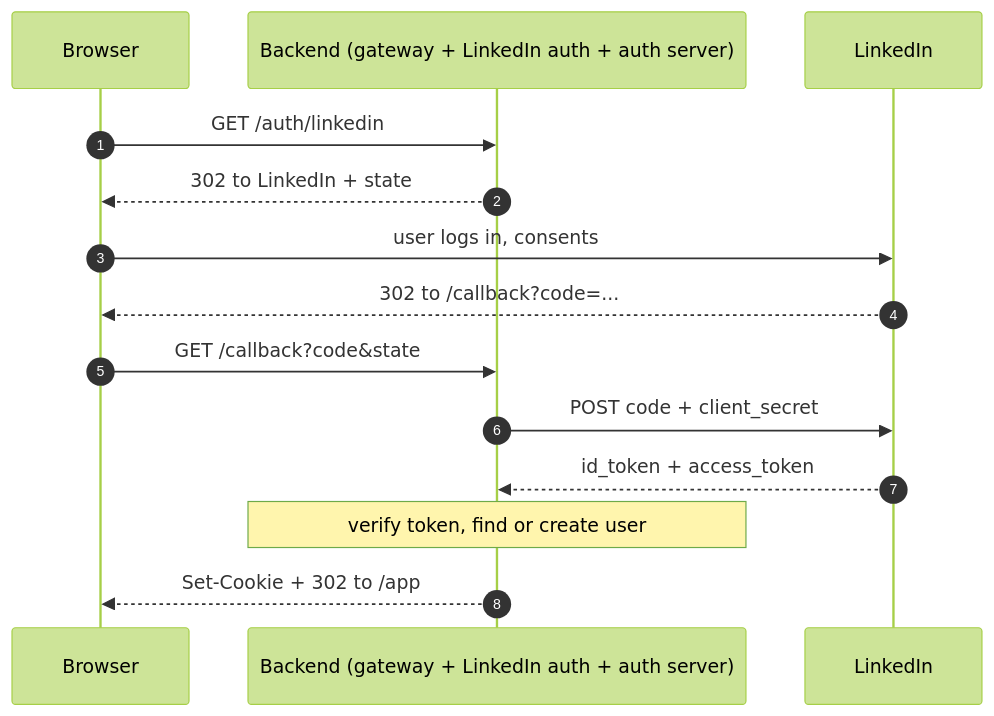
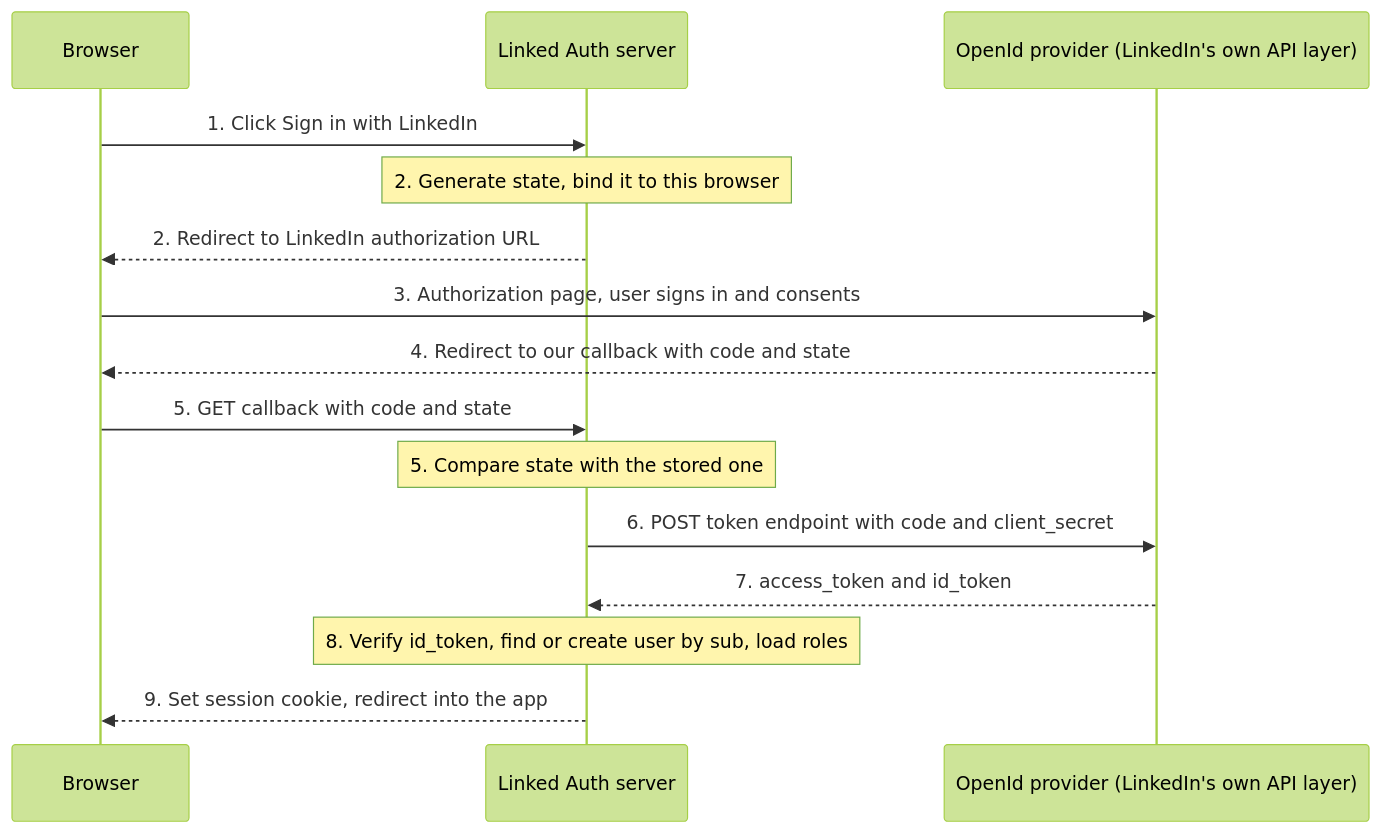
The diagram in docs/LinkedIn-auth-flow.md (abt-bara/LinkedIn-Profile-Rating), drawn with Mermaid (forest theme) before and after one commit. The commit also changed other lines of this file and 8 other files, not shown here.

````diff
--- a/docs/LinkedIn-auth-flow.md
+++ b/docs/LinkedIn-auth-flow.md
@@ -16,16 +18,18 @@
 ```mermaid
 sequenceDiagram
-  autonumber
-  participant B as Browser
-  participant S as Backend (gateway + LinkedIn auth + auth server)
-  participant L as LinkedIn
-  B->>S: GET /auth/linkedin
-  S-->>B: 302 to LinkedIn + state
-  B->>L: user logs in, consents
-  L-->>B: 302 to /callback?code=...
-  B->>S: GET /callback?code&state
-  S->>L: POST code + client_secret
-  L-->>S: id_token + access_token
-  Note over S: verify token, find or create user
-  S-->>B: Set-Cookie + 302 to /app
+    participant B as Browser
+    participant A as Linked Auth server
+    participant L as OpenId provider (LinkedIn's own API layer)
+
+    B->>A: 1. Click Sign in with LinkedIn
+    Note over A: 2. Generate state, bind it to this browser
+    A-->>B: 2. Redirect to LinkedIn authorization URL
+    B->>L: 3. Authorization page, user signs in and consents
+    L-->>B: 4. Redirect to our callback with code and state
+    B->>A: 5. GET callback with code and state
+    Note over A: 5. Compare state with the stored one
+    A->>L: 6. POST token endpoint with code and client_secret
+    L-->>A: 7. access_token and id_token
+    Note over A: 8. Verify id_token, find or create user by sub, load roles
+    A-->>B: 9. Set session cookie, redirect into the app
 ```
````
